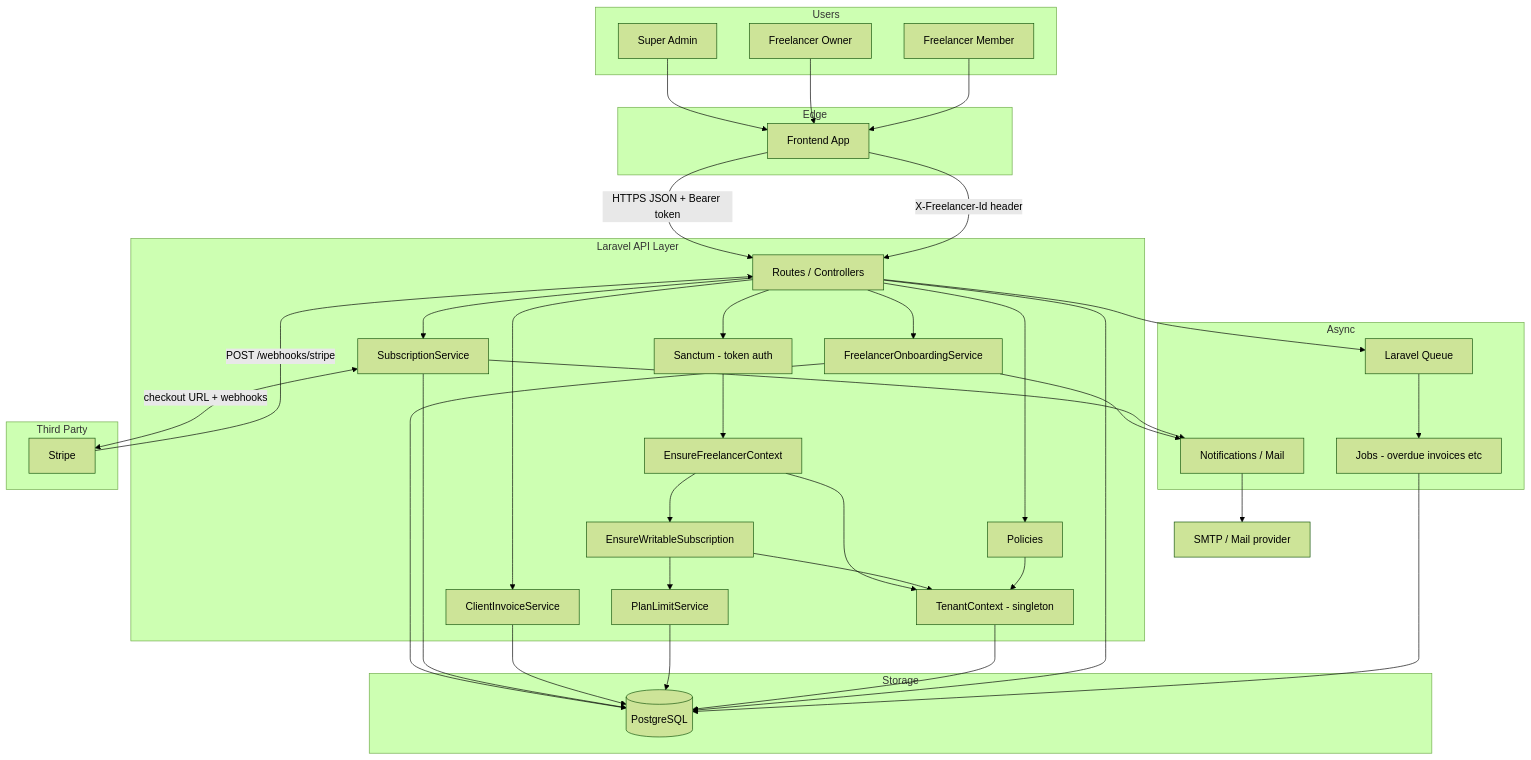
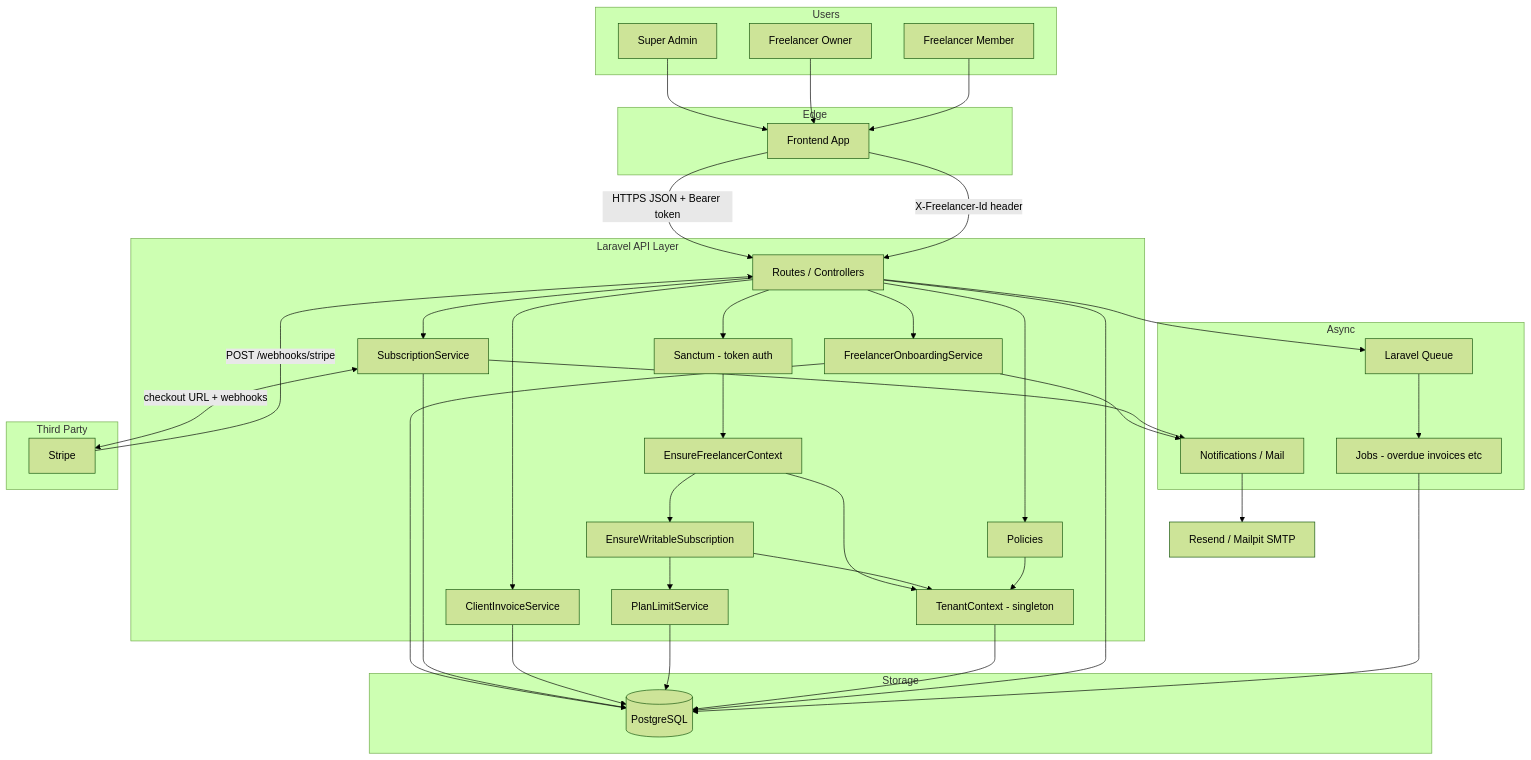
The first of 15 diagrams in docs/multi-tenant/system-architecture-diagram.md (md-ahr/lancehive), drawn with Mermaid (forest theme) before and after one commit. The commit also changed other lines of this file and 5 other files, not shown here.

First line of the commit message:
feat: integrate Resend mail transport and update environment configurations

````diff
--- a/docs/multi-tenant/system-architecture-diagram.md
+++ b/docs/multi-tenant/system-architecture-diagram.md
@@ -13,75 +13,75 @@
 ```mermaid
 flowchart TB
     subgraph users [Users]
         SA[Super Admin]
         FO[Freelancer Owner]
         FM[Freelancer Member]
     end
 
     subgraph edge [Edge]
         FE[Frontend App]
     end
 
     subgraph api [Laravel API Layer]
         Routes[Routes / Controllers]
         Sanctum[Sanctum - token auth]
         EFC[EnsureFreelancerContext]
         EWS[EnsureWritableSubscription]
         Policies[Policies]
         TC[TenantContext - singleton]
         PLS[PlanLimitService]
         SOS[FreelancerOnboardingService]
         SubSvc[SubscriptionService]
         InvSvc[ClientInvoiceService]
     end
 
     subgraph async [Async]
         Queue[Laravel Queue]
         Jobs[Jobs - overdue invoices etc]
         Notif[Notifications / Mail]
     end
 
     subgraph storage [Storage]
         DB[(PostgreSQL)]
     end
 
     subgraph third [Third Party]
         Stripe[Stripe]
     end
 
     SA --> FE
     FO --> FE
     FM --> FE
     FE -->|"HTTPS JSON + Bearer token"| Routes
     FE -->|"X-Freelancer-Id header"| Routes
 
     Routes --> Sanctum
     Sanctum --> EFC
     EFC --> TC
     EFC --> EWS
     EWS --> TC
     EWS --> PLS
     Routes --> Policies
     Policies --> TC
 
     Routes --> SOS
     Routes --> SubSvc
     Routes --> InvSvc
 
     SOS --> DB
     SubSvc --> DB
     InvSvc --> DB
     PLS --> DB
     TC --> DB
     Routes --> DB
 
     SubSvc <-->|checkout URL + webhooks| Stripe
     Stripe -->|"POST /webhooks/stripe"| Routes
 
     SOS --> Notif
     SubSvc --> Notif
     Routes --> Queue
     Queue --> Jobs
     Jobs --> DB
-    Notif --> Mail[SMTP / Mail provider]
+    Notif --> Mail[Resend / Mailpit SMTP]
 ```
````
